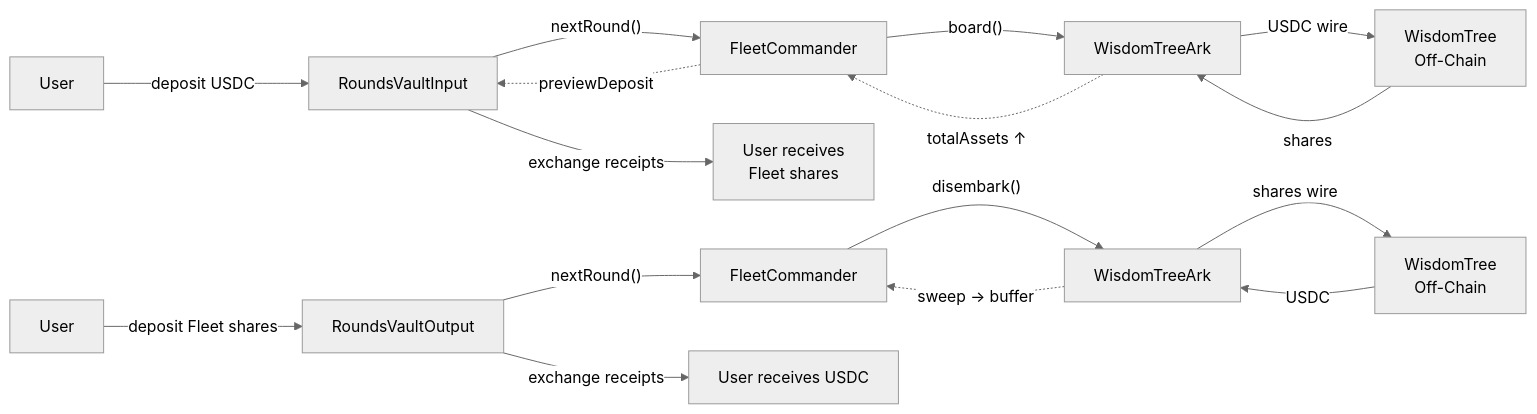
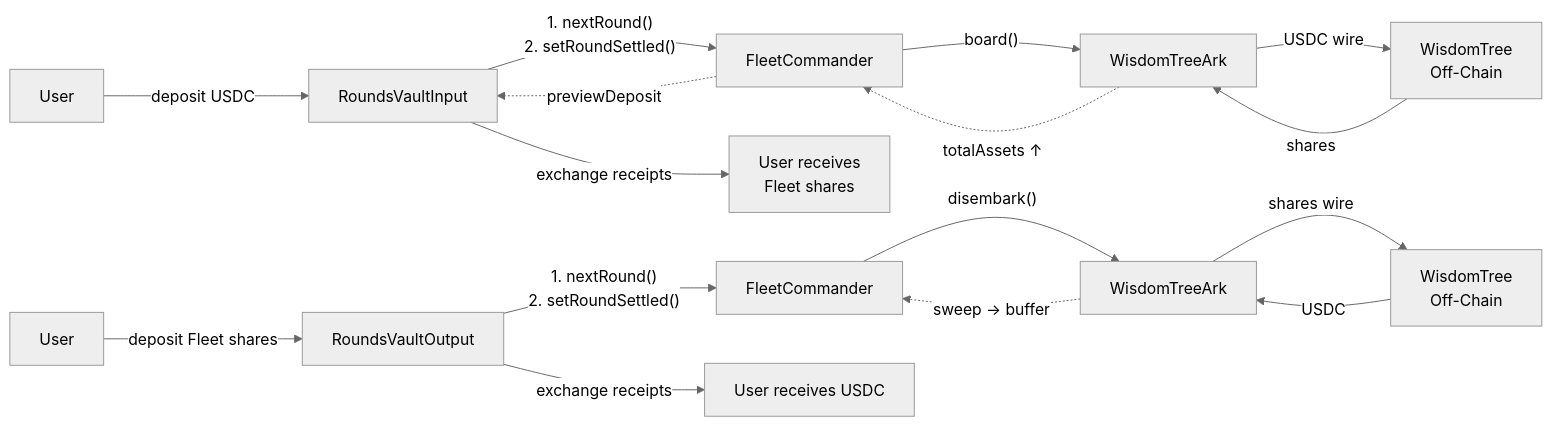
The first of 8 diagrams in packages/core-contracts/src/contracts/rounds-vault/docs/rounds_vault_technical_reference.md (OasisDEX/summer-earn-protocol), drawn with Mermaid (neutral theme) before and after one commit. The commit also changed other lines of this file and 10 other files, not shown here.

````diff
--- a/packages/core-contracts/src/contracts/rounds-vault/docs/rounds_vault_technical_reference.md
+++ b/packages/core-contracts/src/contracts/rounds-vault/docs/rounds_vault_technical_reference.md
@@ -29,19 +29,19 @@
 ```mermaid
 flowchart LR
     U[User] -->|deposit USDC| IV[RoundsVaultInput]
-    IV -->|"nextRound()"| FC[FleetCommander]
+    IV -->|"1. nextRound() \n2. setRoundSettled()"| FC[FleetCommander]
     FC -->|"board()"| ARK[WisdomTreeArk]
     ARK -->|USDC wire| WT[WisdomTree\nOff-Chain]
     WT -->|shares| ARK
     ARK -.->|totalAssets ↑| FC
     FC -.->|previewDeposit| IV
     IV -->|exchange receipts| U2[User receives\nFleet shares]
 
     U3[User] -->|deposit Fleet shares| OV[RoundsVaultOutput]
-    OV -->|"nextRound()"| FC2[FleetCommander]
+    OV -->|"1. nextRound() \n2. setRoundSettled()"| FC2[FleetCommander]
     FC2 -->|"disembark()"| ARK2[WisdomTreeArk]
     ARK2 -->|shares wire| WT2[WisdomTree\nOff-Chain]
     WT2 -->|USDC| ARK2
     ARK2 -.->|sweep → buffer| FC2
     OV -->|exchange receipts| U4[User receives USDC]
 ```
````
